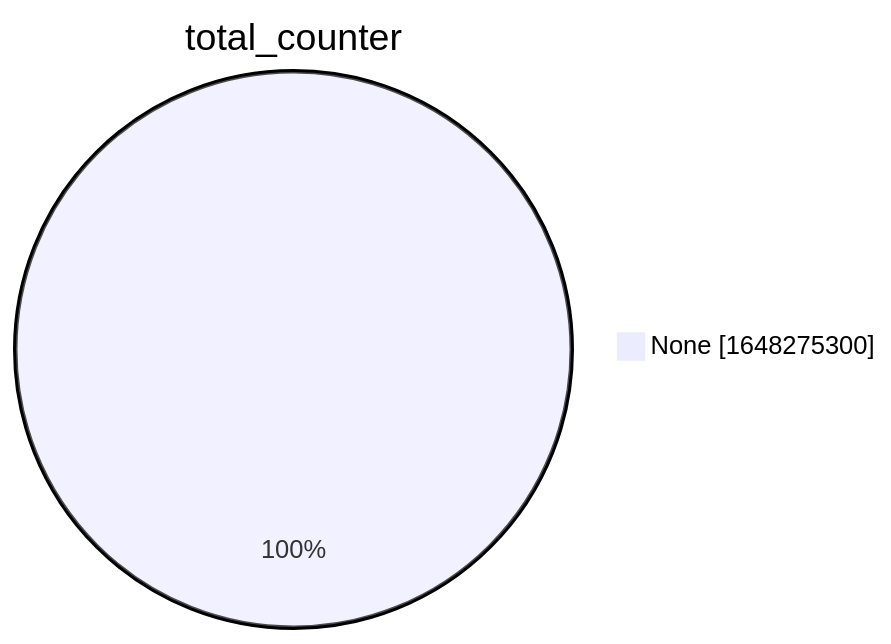
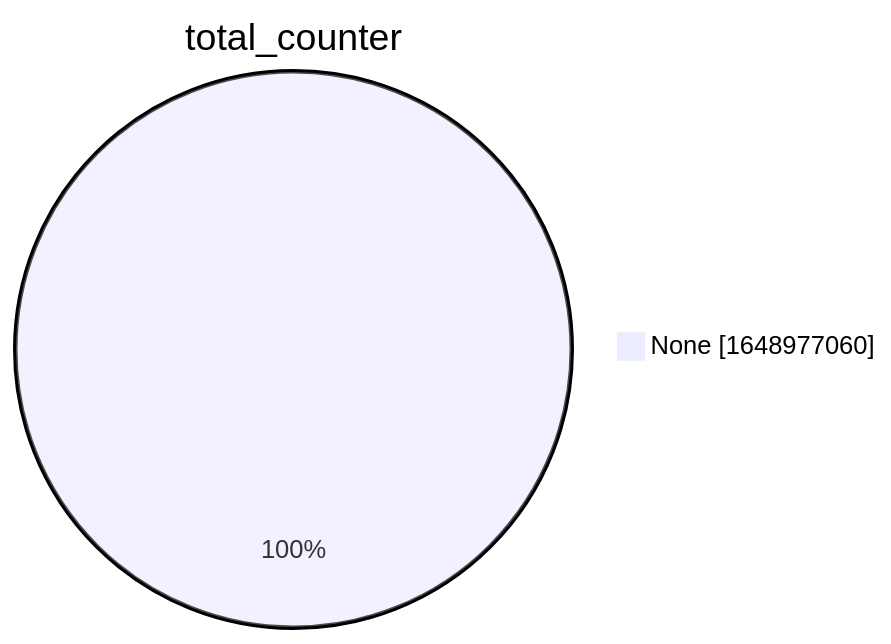
The second of 15 diagrams in xenon2022/README.md (christiankrug/ctmonitor_visualization), drawn with Mermaid before and after one commit. The commit also changed other lines of this file, not shown here.

````diff
--- a/xenon2022/README.md
+++ b/xenon2022/README.md
@@ -9,5 +9,5 @@
 ```mermaid
 pie showData
 title total_counter
-"None" :1648275300
+"None" :1648977060
 ```
````
